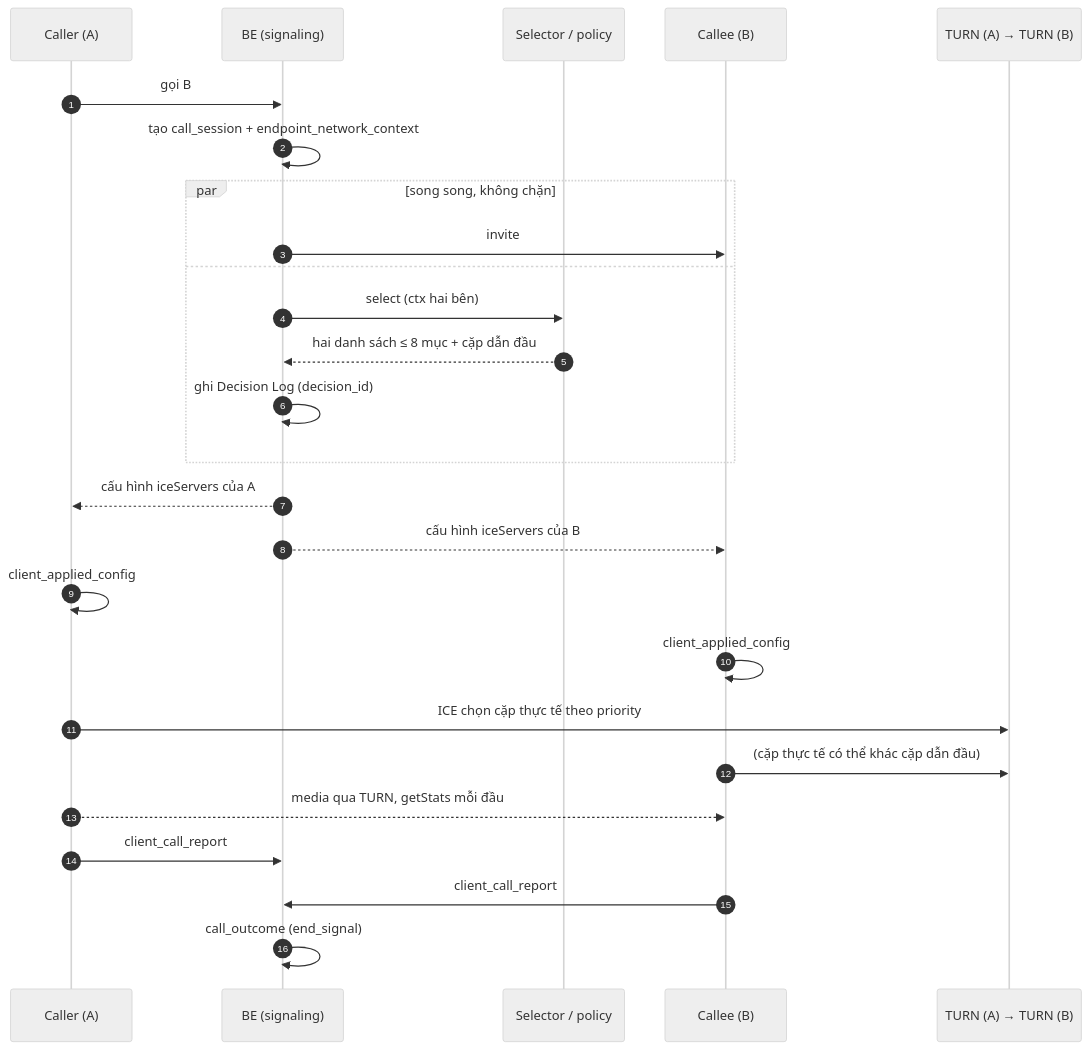
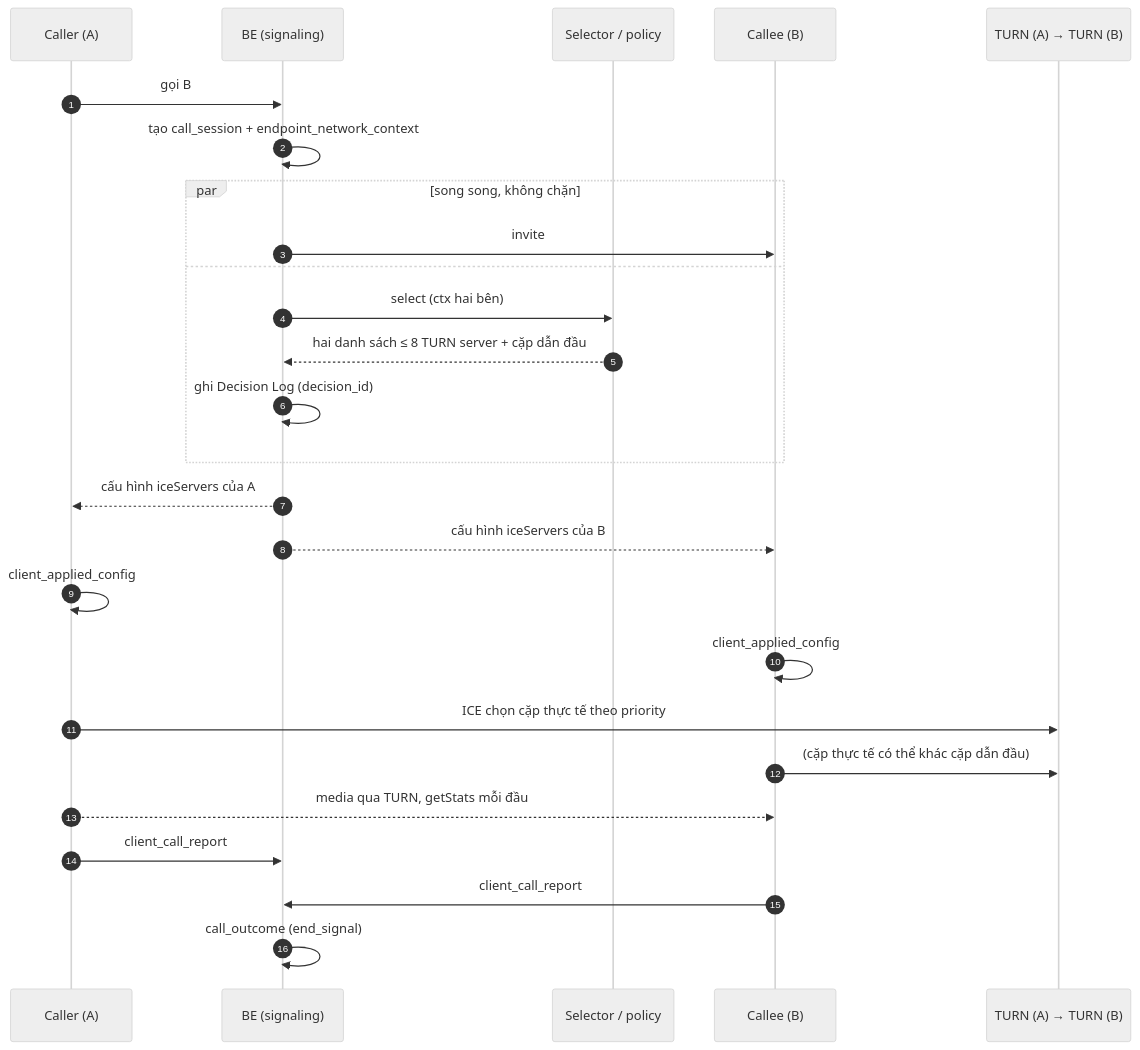
The first of 5 diagrams in README.md (QuocHiep123/Pharse3), drawn with Mermaid (neutral theme) before and after one commit. The commit also changed other lines of this file and 27 other files, not shown here.

First line of the commit message:
docs: dọn bản cũ v0.4.0, sửa '8 TURN' thành 8 TURN server theo mentor

````diff
--- a/README.md
+++ b/README.md
@@ -19,29 +19,29 @@
 ```mermaid
 sequenceDiagram
   autonumber
   participant A as Caller (A)
   participant BE as BE (signaling)
   participant S as Selector / policy
   participant B as Callee (B)
   participant T as TURN (A) → TURN (B)
 
   A->>BE: gọi B
   BE->>BE: tạo call_session + endpoint_network_context
   par song song, không chặn
     BE->>B: invite
   and
     BE->>S: select (ctx hai bên)
-    S-->>BE: hai danh sách ≤ 8 mục + cặp dẫn đầu
+    S-->>BE: hai danh sách ≤ 8 TURN server + cặp dẫn đầu
     BE->>BE: ghi Decision Log (decision_id)
   end
   BE-->>A: cấu hình iceServers của A
   BE-->>B: cấu hình iceServers của B
   A->>A: client_applied_config
   B->>B: client_applied_config
   A->>T: ICE chọn cặp thực tế theo priority
   B->>T: (cặp thực tế có thể khác cặp dẫn đầu)
   A-->>B: media qua TURN, getStats mỗi đầu
   A->>BE: client_call_report
   B->>BE: client_call_report
   BE->>BE: call_outcome (end_signal)
 ```
````
